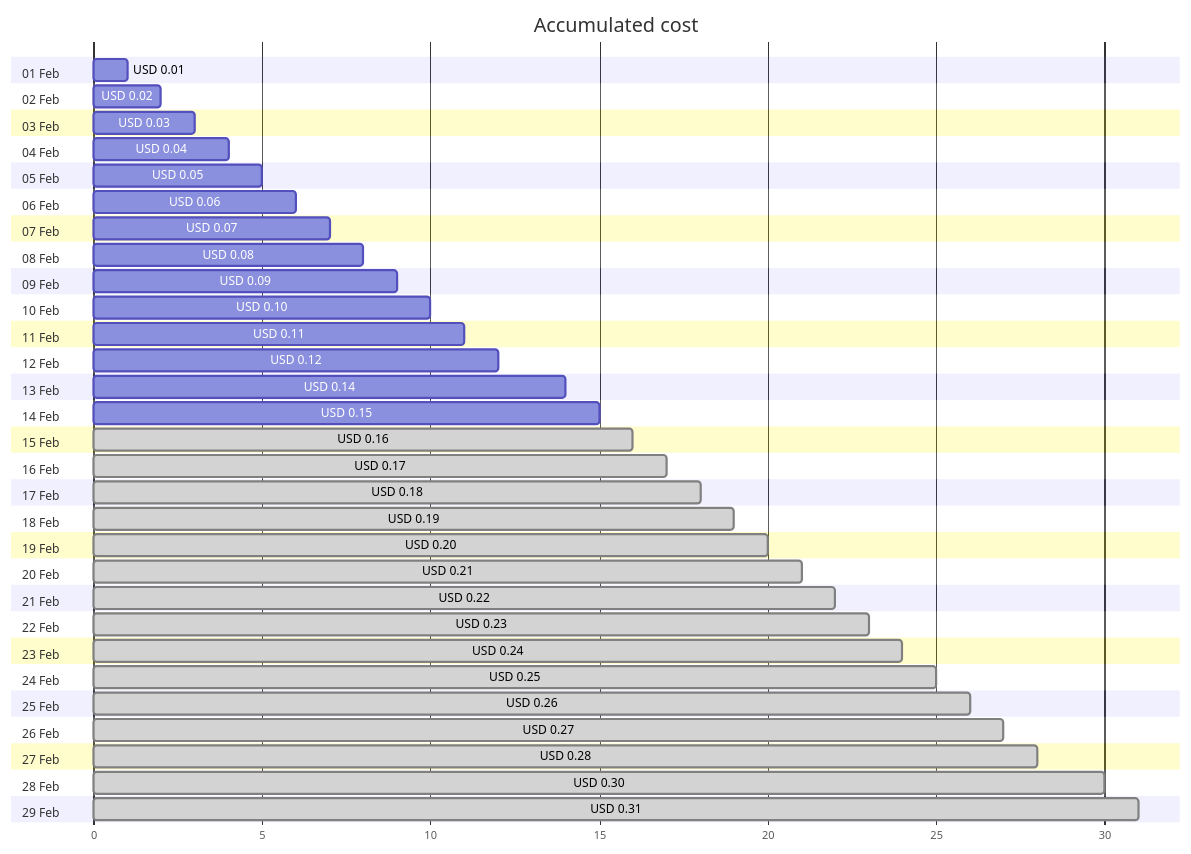
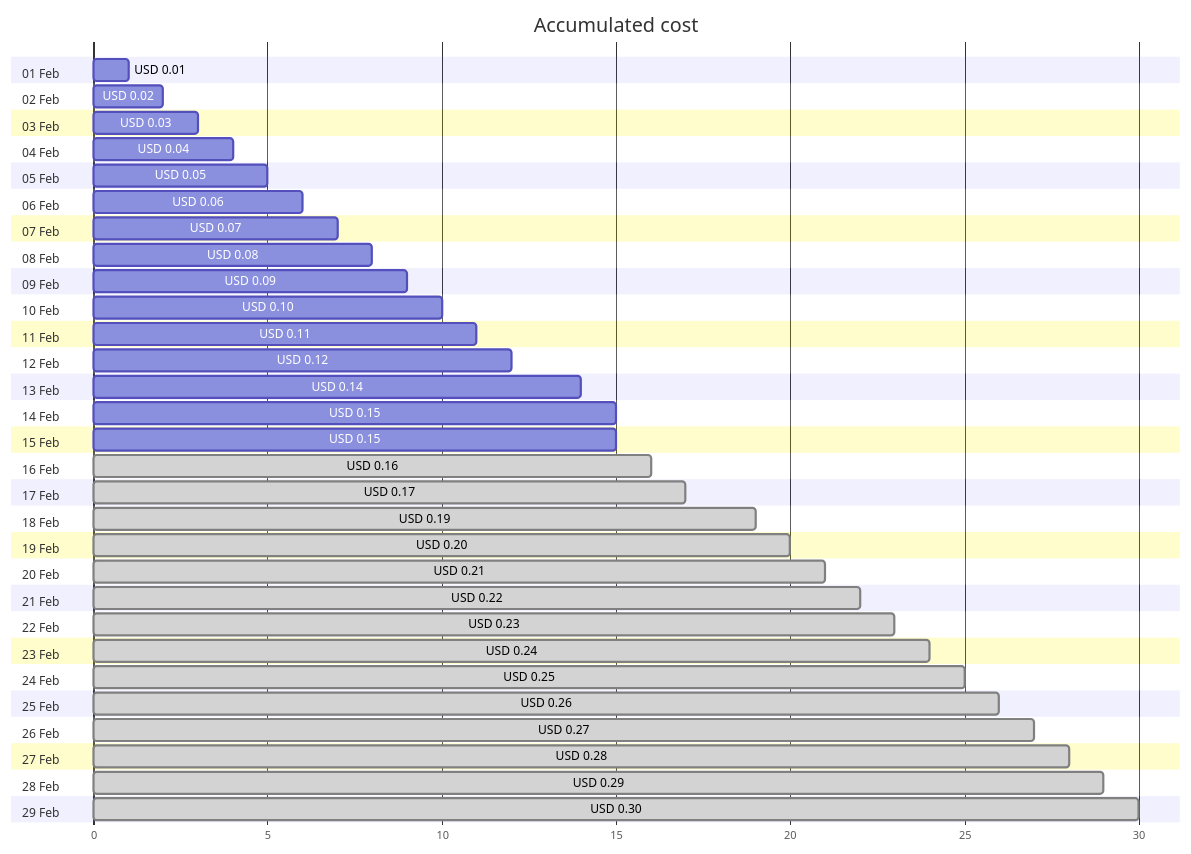
One commit to jpfulton/azure-personal-reports changed the first of 4 diagrams in cost-reports/cloud-shell-storage-eastus/README.md. Above: the diagram before and after it, drawn with Mermaid. The commit also changed other lines of this file and 1 other file, not shown here.

Commit message:
Generated reports [skip ci]

````diff
--- a/cost-reports/cloud-shell-storage-eastus/README.md
+++ b/cost-reports/cloud-shell-storage-eastus/README.md
@@ -20,64 +20,64 @@
 ```mermaid
 gantt
    title Accumulated cost
    dateFormat  X
    axisFormat %s
    section 01 Feb
    USD 0.01 :0, 1
    section 02 Feb
    USD 0.02 :0, 2
    section 03 Feb
    USD 0.03 :0, 3
    section 04 Feb
    USD 0.04 :0, 4
    section 05 Feb
    USD 0.05 :0, 5
    section 06 Feb
    USD 0.06 :0, 6
    section 07 Feb
    USD 0.07 :0, 7
    section 08 Feb
    USD 0.08 :0, 8
    section 09 Feb
    USD 0.09 :0, 9
    section 10 Feb
    USD 0.10 :0, 10
    section 11 Feb
    USD 0.11 :0, 11
    section 12 Feb
    USD 0.12 :0, 12
    section 13 Feb
    USD 0.14 :0, 14
    section 14 Feb
    USD 0.15 :0, 15
    section 15 Feb
+   USD 0.15 :0, 15
+   section 16 Feb
    USD 0.16 : done, 0, 16
-   section 16 Feb
+   section 17 Feb
    USD 0.17 : done, 0, 17
-   section 17 Feb
-   USD 0.18 : done, 0, 18
    section 18 Feb
    USD 0.19 : done, 0, 19
    section 19 Feb
    USD 0.20 : done, 0, 20
    section 20 Feb
    USD 0.21 : done, 0, 21
    section 21 Feb
    USD 0.22 : done, 0, 22
    section 22 Feb
    USD 0.23 : done, 0, 23
    section 23 Feb
    USD 0.24 : done, 0, 24
    section 24 Feb
    USD 0.25 : done, 0, 25
    section 25 Feb
    USD 0.26 : done, 0, 26
    section 26 Feb
    USD 0.27 : done, 0, 27
    section 27 Feb
    USD 0.28 : done, 0, 28
    section 28 Feb
+   USD 0.29 : done, 0, 29
+   section 29 Feb
    USD 0.30 : done, 0, 30
-   section 29 Feb
-   USD 0.31 : done, 0, 31
 ```
````
